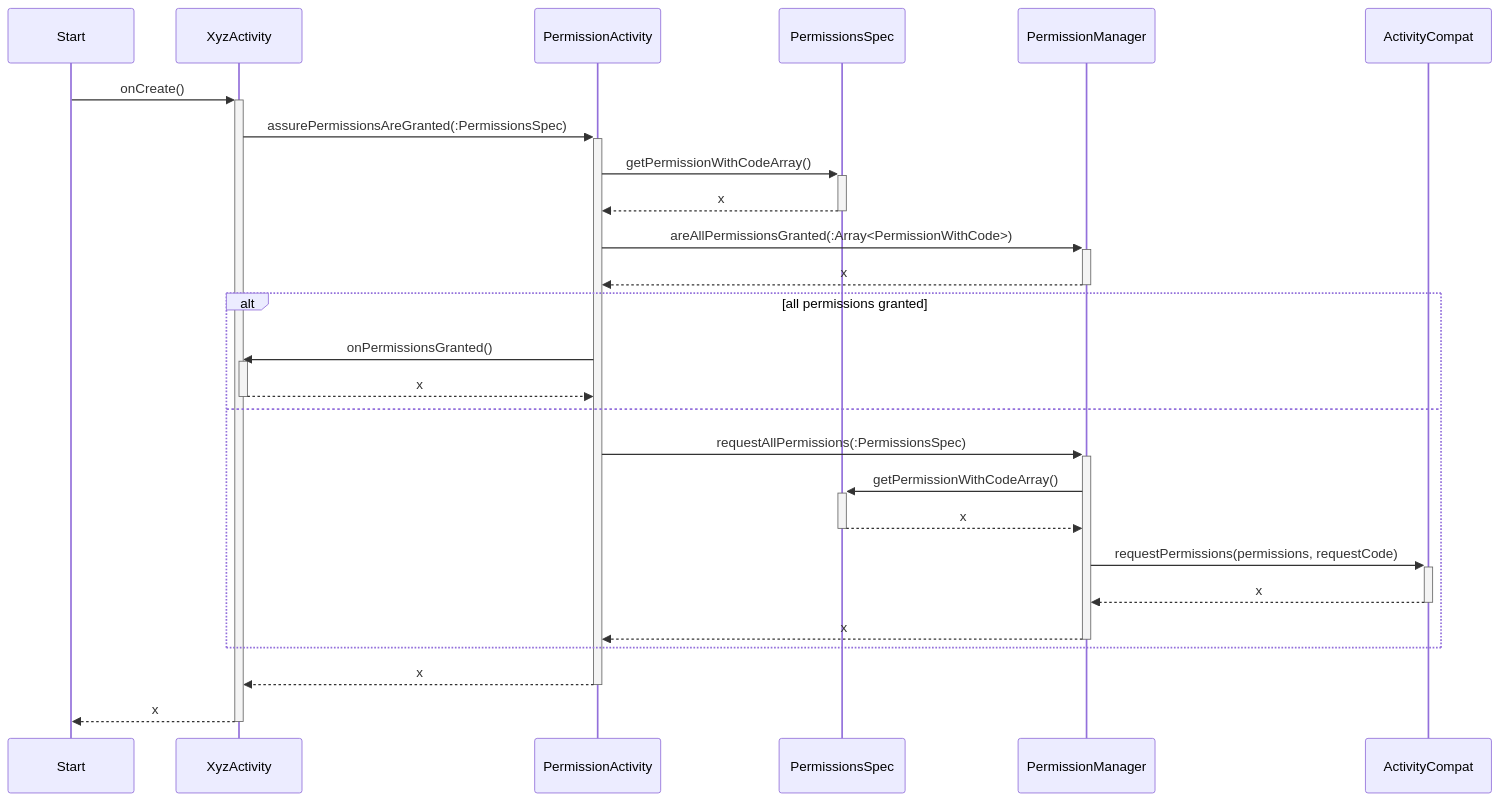
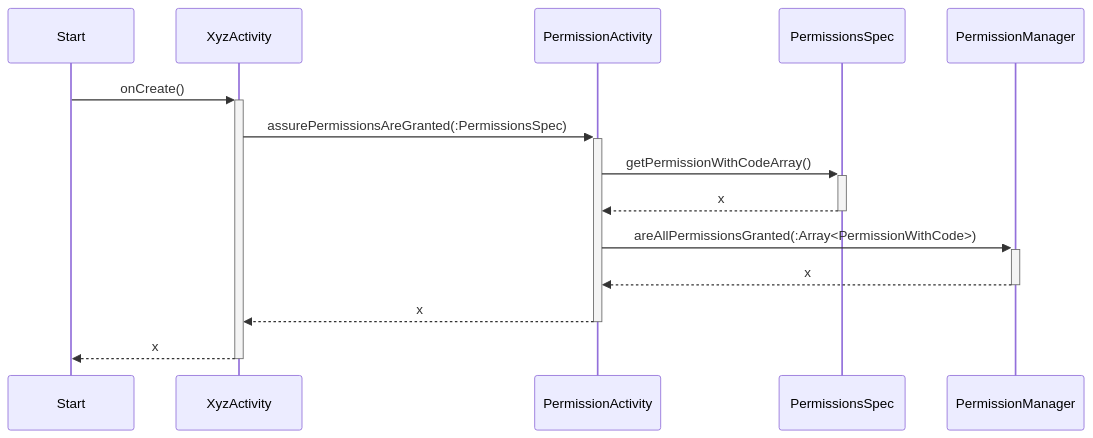
Before and after one commit to mjureczko/maly-poszukiwacz-skarbow: the diagram in development.mmd, drawn with Mermaid.

```diff
--- a/development.mmd
+++ b/development.mmd
@@ -1,20 +1,9 @@
 sequenceDiagram
     Start ->>+ XyzActivity: onCreate()
     XyzActivity ->>+ PermissionActivity: assurePermissionsAreGranted(:PermissionsSpec)
     PermissionActivity ->>+ PermissionsSpec: getPermissionWithCodeArray()
     PermissionsSpec -->>- PermissionActivity: x
     PermissionActivity ->>+ PermissionManager: areAllPermissionsGranted(:Array<PermissionWithCode>)
     PermissionManager -->>- PermissionActivity: x
-    alt all permissions granted
-        PermissionActivity ->>+ XyzActivity: onPermissionsGranted()
-        XyzActivity -->>- PermissionActivity: x
-    else
-        PermissionActivity ->>+ PermissionManager: requestAllPermissions(:PermissionsSpec)
-        PermissionManager ->>+ PermissionsSpec: getPermissionWithCodeArray()
-        PermissionsSpec -->>- PermissionManager: x
-        PermissionManager ->>+ ActivityCompat: requestPermissions(permissions, requestCode)
-        ActivityCompat -->>- PermissionManager: x
-        PermissionManager -->>- PermissionActivity: x
-    end
     PermissionActivity -->>- XyzActivity: x
     XyzActivity -->>- Start: x
```
